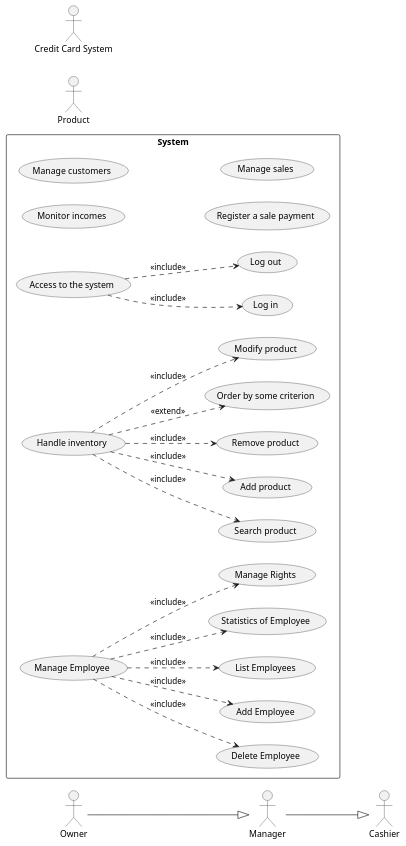
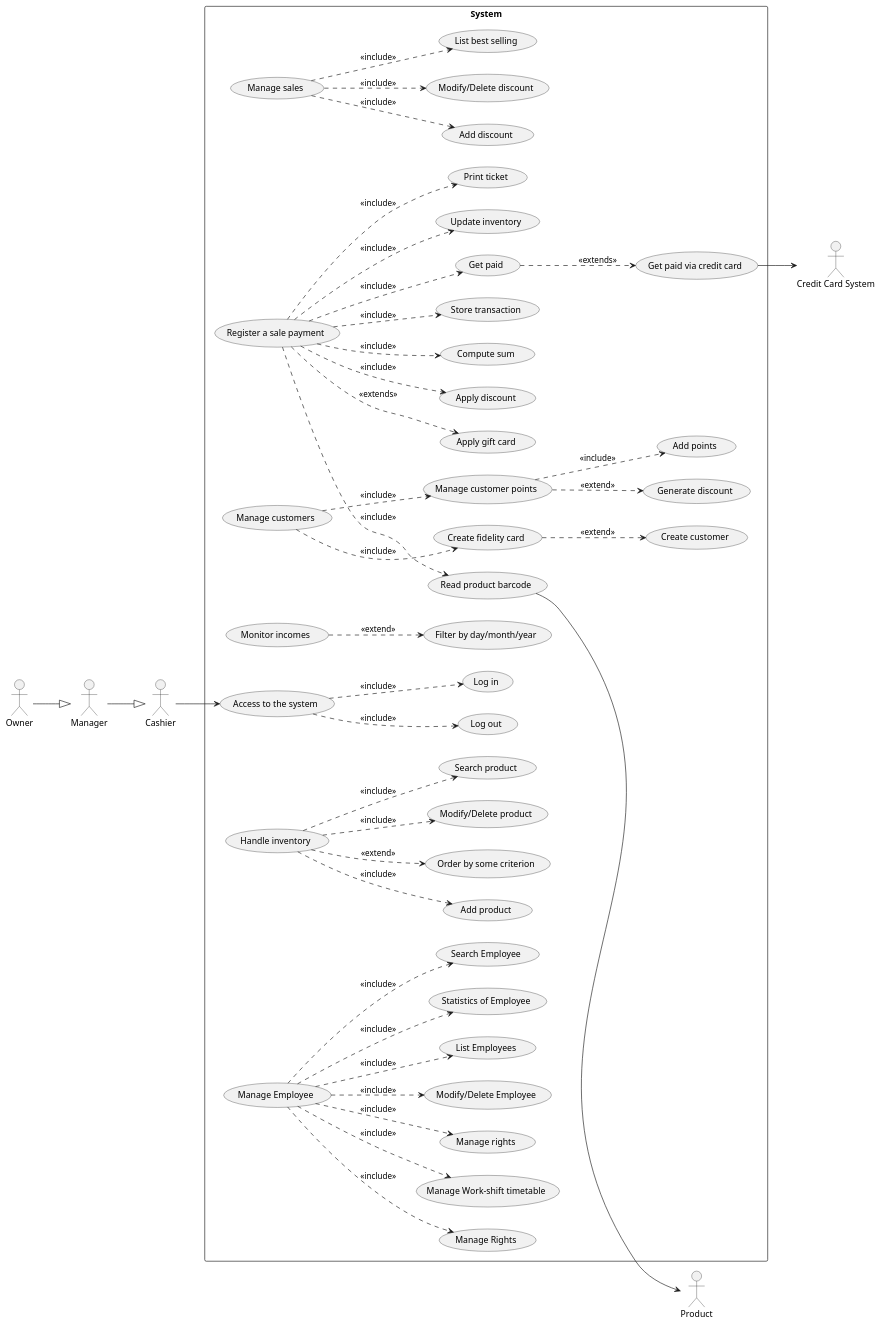
The second of 5 diagrams in Deliverables/RequirementsDocument.md (MatteoBattilana/EzShop), drawn with PlantUML before and after one commit. The commit also changed other lines of this file, not shown here.

Commit message:
docs: added all UC into UCD

````diff
--- a/Deliverables/RequirementsDocument.md
+++ b/Deliverables/RequirementsDocument.md
@@ -253,49 +258,89 @@
 rectangle System {
 	left to right direction
 	usecase "Manage Employee" as UC2
-	usecase "Delete Employee" as UC2.1
-	usecase "Add Employee" as UC2.2
+	usecase "Modify/Delete Employee" as UC2.1
 	usecase "List Employees" as UC2.3
 	usecase "Statistics of Employee" as UC2.4
 	usecase "Search Employee" as UC2.5
-	usecase "Manage Rights" as UC2.5
+	usecase "Manage Rights" as UC2.6
+	usecase "Manage Work-shift timetable" as UC2.7
+	usecase "Manage rights" as UC2.8
 	UC2.1 <.up. UC2: <<include>>
-	UC2.2 <.up. UC2: <<include>>
 	UC2.3 <.up. UC2: <<include>>
 	UC2.4 <.up. UC2: <<include>>
+	UC2.7 <.up. UC2: <<include>>
+	UC2.8 <.up. UC2: <<include>>
 	UC2.5 <.up. UC2: <<include>>
+	UC2.6 <.up. UC2: <<include>>
 
 	usecase "Handle inventory" as UC3
 	usecase "Search product" as UC3.1
   usecase "Add product" as UC3.2
-  usecase "Remove product" as UC3.3
   usecase "Order by some criterion" as UC3.4
-  usecase "Modify product" as UC3.5
+  usecase "Modify/Delete product" as UC3.5
 	UC3.4 <.up. UC3: <<extend>>
-	UC3.3 <.up. UC3: <<include>>
 	UC3.2 <.up. UC3: <<include>>
 	UC3.1 <.up. UC3: <<include>>
 	UC3.5 <.up. UC3: <<include>>
 
 	usecase "Access to the system" as UC4
 	usecase "Log in" as UC4.1
-  usecase "Log out" as UC4.2
+	usecase "Log out" as UC4.2
 	UC4.1 <.up. UC4: <<include>>
 	UC4.2 <.up. UC4: <<include>>
 
-	usecase "Monitor incomes" as UC5
+	usecase "Manage customers" as UC5
+	usecase "Create fidelity card" as UC5.1
+	usecase "Create customer" as UC5.1.1
+	UC5.1 <.up. UC5: <<include>>
+	UC5.1.1 <.up. UC5.1: <<extend>>
+	usecase "List customers" as UC5.2
+	usecase "Manage customer points" as UC5.2
+	usecase "Add points" as UC5.2.1
+	usecase "Generate discount" as UC5.2.2
+	UC5.2.2 <.up. UC5.2: <<extend>>
+	UC5.2.1 <.up. UC5.2: <<include>>
+	UC5.2 <.up. UC5: <<include>>
 
-	usecase "Manage customers" as UC6
+	usecase "Monitor incomes" as UC6
+	usecase "Filter by day/month/year" as UC6.1
+	UC6.1 <.up. UC6: <<extend>>
 
 	usecase "Register a sale payment" as UC7
+	usecase "Read product barcode" as UC7.1
+	usecase "Apply discount" as UC7.2
+	usecase "Compute sum" as UC7.3
+	usecase "Store transaction" as UC7.4
+	usecase "Update inventory" as UC7.5
+	usecase "Print ticket" as UC7.6
+	usecase "Apply gift card" as UC7.7
+	usecase "Get paid" as UC7.8
+	usecase "Get paid via credit card" as UC7.8.1
+	UC7.8.1 <.up. UC7.8: <<extends>>
+	UC7.8 <.up. UC7: <<include>>
+	UC7.7 <.up. UC7: <<extends>>
+	UC7.6 <.up. UC7: <<include>>
+	UC7.5 <.up. UC7: <<include>>
+	UC7.4 <.up. UC7: <<include>>
+	UC7.3 <.up. UC7: <<include>>
+	UC7.2 <.up. UC7: <<include>>
+	UC7.1 <.up. UC7: <<include>>
 
 	usecase "Manage sales" as UC8
+  usecase "Add discount" as UC8.1
+  usecase "Modify/Delete discount" as UC8.2
+  usecase "List best selling" as UC8.3
+	UC8.1 <.up. UC8: <<include>>
+	UC8.2 <.up. UC8: <<include>>
+	UC8.3 <.up. UC8: <<include>>
 
 }
 actor Product
 actor :Credit Card System:
 Cashier <|-up- Manager
 Manager <|-up- Owner
-
+Product <-up- UC7.1
+:Credit Card System: <-up- UC7.8.1
+Cashier --> UC4
 @enduml
 ```
````
